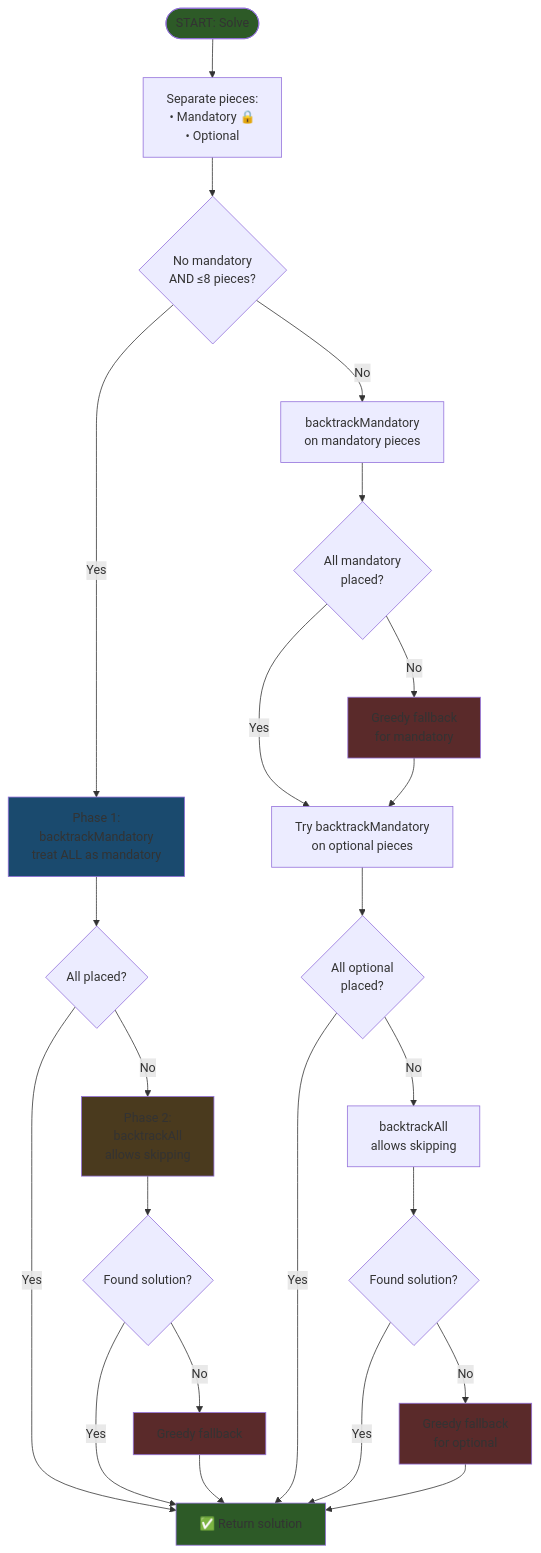
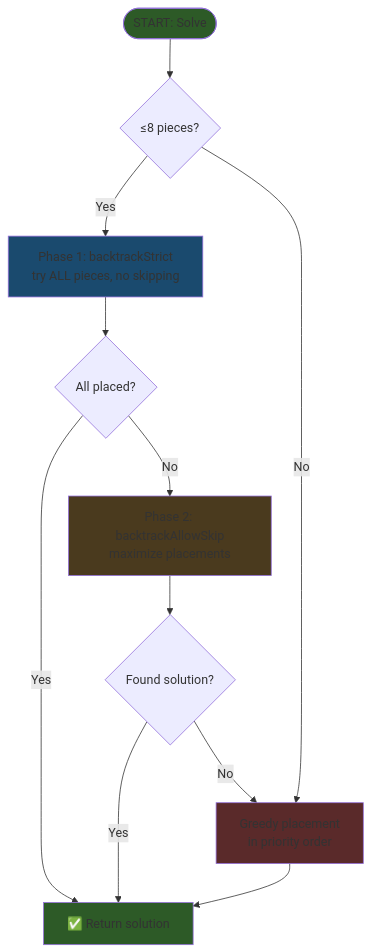
One commit to jasbanza/jump-space-power-grid-optimizer changed the diagram in README.md. Above: the diagram before and after it, drawn with Mermaid. The commit also changed other lines of this file and 3 other files, not shown here.

````diff
--- a/README.md
+++ b/README.md
@@ -47,41 +45,24 @@
 ```mermaid
 flowchart TD
-    START([START: Solve]) --> SEPARATE[Separate pieces:<br/>• Mandatory 🔒<br/>• Optional]
+    START([START: Solve]) --> CHECK{≤8 pieces?}
     
-    SEPARATE --> CHECK{No mandatory<br/>AND ≤8 pieces?}
-    
-    CHECK -->|Yes| PHASE1[Phase 1:<br/>backtrackMandatory<br/>treat ALL as mandatory]
-    CHECK -->|No| MANDATORY[backtrackMandatory<br/>on mandatory pieces]
+    CHECK -->|Yes| PHASE1[Phase 1: backtrackStrict<br/>try ALL pieces, no skipping]
+    CHECK -->|No| GREEDY[Greedy placement<br/>in priority order]
     
     PHASE1 --> ALL_PLACED{All placed?}
     
     ALL_PLACED -->|Yes| DONE[✅ Return solution]
-    ALL_PLACED -->|No| PHASE2[Phase 2:<br/>backtrackAll<br/>allows skipping]
+    ALL_PLACED -->|No| PHASE2[Phase 2: backtrackAllowSkip<br/>maximize placements]
     
     PHASE2 --> FOUND{Found solution?}
     FOUND -->|Yes| DONE
-    FOUND -->|No| GREEDY1[Greedy fallback]
-    GREEDY1 --> DONE
+    FOUND -->|No| GREEDY
     
-    MANDATORY --> MAND_OK{All mandatory<br/>placed?}
-    MAND_OK -->|Yes| OPT_PHASE1[Try backtrackMandatory<br/>on optional pieces]
-    MAND_OK -->|No| GREEDY2[Greedy fallback<br/>for mandatory]
-    GREEDY2 --> OPT_PHASE1
-    
-    OPT_PHASE1 --> OPT_ALL{All optional<br/>placed?}
-    OPT_ALL -->|Yes| DONE
-    OPT_ALL -->|No| OPT_PHASE2[backtrackAll<br/>allows skipping]
-    
-    OPT_PHASE2 --> OPT_OK{Found solution?}
-    OPT_OK -->|Yes| DONE
-    OPT_OK -->|No| GREEDY3[Greedy fallback<br/>for optional]
-    GREEDY3 --> DONE
+    GREEDY --> DONE
 
     style START fill:#2d5a27
     style DONE fill:#2d5a27
     style PHASE1 fill:#1a4a6e
     style PHASE2 fill:#4a3a1e
-    style GREEDY1 fill:#5a2a2a
-    style GREEDY2 fill:#5a2a2a
-    style GREEDY3 fill:#5a2a2a
+    style GREEDY fill:#5a2a2a
 ```
````
